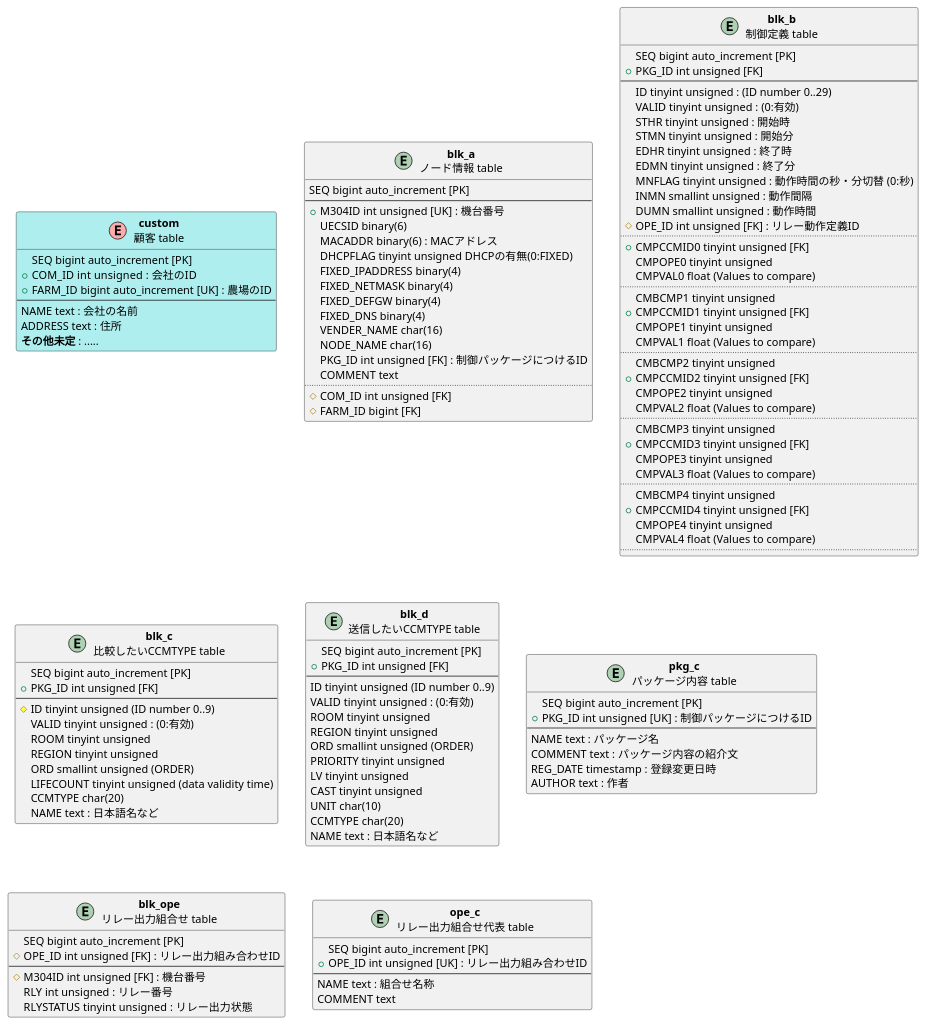
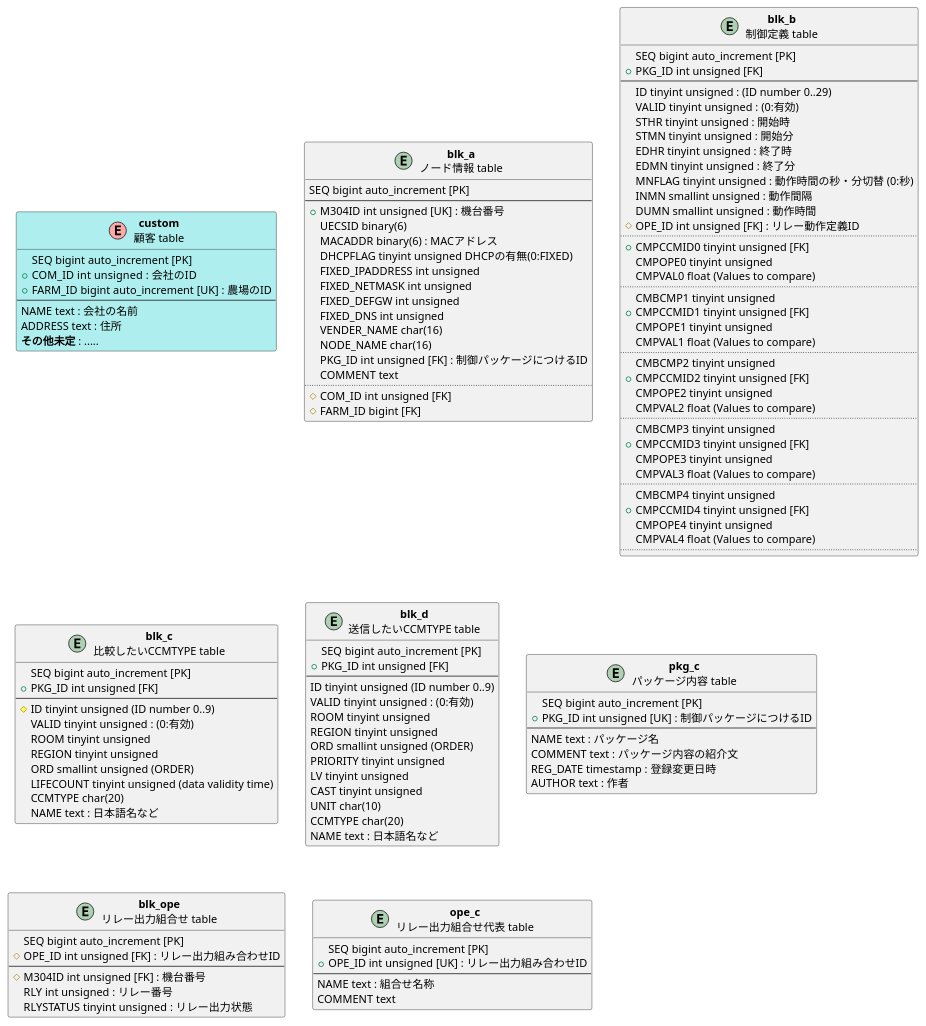
One commit to mhorimoto/M304-lowcode changed the diagram in db/tables.puml. Above: the diagram before and after it, drawn with PlantUML.

Commit message:
change Attribute

```diff
--- a/db/tables.puml
+++ b/db/tables.puml
@@ -1,131 +1,131 @@
 @startuml tables
 entity tbl_custom as "**custom**\n顧客 table" <<(E,#FFAAAA)>> #PaleTurquoise {
     SEQ bigint auto_increment [PK]
     + COM_ID int unsigned  : 会社のID
     + FARM_ID bigint auto_increment [UK] : 農場のID
     --
     NAME text : 会社の名前
     ADDRESS text : 住所
     **その他未定** : .....
 }
 
 entity blk_a as "**blk_a**\nノード情報 table" {
   SEQ bigint auto_increment [PK]
 --
   + M304ID int unsigned [UK] : 機台番号
   UECSID binary(6)
   MACADDR binary(6) : MACアドレス
   DHCPFLAG tinyint unsigned DHCPの有無(0:FIXED)
-  FIXED_IPADDRESS binary(4)
-  FIXED_NETMASK binary(4)
-  FIXED_DEFGW binary(4)
-  FIXED_DNS binary(4)
+  FIXED_IPADDRESS int unsigned
+  FIXED_NETMASK int unsigned
+  FIXED_DEFGW int unsigned
+  FIXED_DNS int unsigned
   VENDER_NAME char(16)
   NODE_NAME char(16)
   PKG_ID int unsigned [FK] : 制御パッケージにつけるID
   COMMENT text
   ..
   # COM_ID int unsigned [FK]
   # FARM_ID bigint [FK]
 }
   
 
 entity blk_b as "**blk_b**\n制御定義 table" {
     SEQ bigint auto_increment [PK]
     + PKG_ID int unsigned [FK]
     --
     ID tinyint unsigned : (ID number 0..29)
     VALID tinyint unsigned : (0:有効)
     STHR tinyint unsigned : 開始時
     STMN tinyint unsigned : 開始分
     EDHR tinyint unsigned : 終了時
     EDMN tinyint unsigned : 終了分
     MNFLAG tinyint unsigned : 動作時間の秒・分切替 (0:秒)
     INMN smallint unsigned : 動作間隔
     DUMN smallint unsigned : 動作時間
     # OPE_ID int unsigned [FK] : リレー動作定義ID
     ..
     + CMPCCMID0 tinyint unsigned [FK]
     CMPOPE0 tinyint unsigned
     CMPVAL0 float (Values to compare)
     ..
     CMBCMP1 tinyint unsigned
     + CMPCCMID1 tinyint unsigned [FK]
     CMPOPE1 tinyint unsigned
     CMPVAL1 float (Values to compare)
     ..
     CMBCMP2 tinyint unsigned
     + CMPCCMID2 tinyint unsigned [FK]
     CMPOPE2 tinyint unsigned
     CMPVAL2 float (Values to compare)
     ..
     CMBCMP3 tinyint unsigned
     + CMPCCMID3 tinyint unsigned [FK]
     CMPOPE3 tinyint unsigned
     CMPVAL3 float (Values to compare)
     ..
     CMBCMP4 tinyint unsigned
     + CMPCCMID4 tinyint unsigned [FK]
     CMPOPE4 tinyint unsigned
     CMPVAL4 float (Values to compare)
     ..
 }
 
 entity blk_c as "**blk_c**\n比較したいCCMTYPE table" {
     SEQ bigint auto_increment [PK]
     + PKG_ID int unsigned [FK]
     --
     # ID tinyint unsigned (ID number 0..9)
     VALID tinyint unsigned : (0:有効)
     ROOM tinyint unsigned
     REGION tinyint unsigned
     ORD smallint unsigned (ORDER)
     LIFECOUNT tinyint unsigned (data validity time)
     CCMTYPE char(20)
     NAME text : 日本語名など
 }
 
 entity blk_d as "**blk_d**\n送信したいCCMTYPE table" {
     SEQ bigint auto_increment [PK]
     + PKG_ID int unsigned [FK]
     --
     ID tinyint unsigned (ID number 0..9)
     VALID tinyint unsigned : (0:有効)
     ROOM tinyint unsigned
     REGION tinyint unsigned
     ORD smallint unsigned (ORDER)
     PRIORITY tinyint unsigned
     LV tinyint unsigned
     CAST tinyint unsigned
     UNIT char(10)
     CCMTYPE char(20)
     NAME text : 日本語名など
 }
 
 entity pkg_c as "**pkg_c**\nパッケージ内容 table" {
     SEQ bigint auto_increment [PK]
     + PKG_ID int unsigned [UK] : 制御パッケージにつけるID
     --
     NAME text : パッケージ名
     COMMENT text : パッケージ内容の紹介文
     REG_DATE timestamp : 登録変更日時
     AUTHOR text : 作者
 }
 
 entity blk_ope as "**blk_ope**\nリレー出力組合せ table" {
     SEQ bigint auto_increment [PK]
     # OPE_ID int unsigned [FK] : リレー出力組み合わせID
     --
     # M304ID int unsigned [FK] : 機台番号
     RLY int unsigned : リレー番号
     RLYSTATUS tinyint unsigned : リレー出力状態
 }
 
 entity ope_c as "**ope_c**\nリレー出力組合せ代表 table" {
     SEQ bigint auto_increment [PK]
     + OPE_ID int unsigned [UK] : リレー出力組み合わせID
     --
     NAME text : 組合せ名称
     COMMENT text
 }
 @enduml
```
